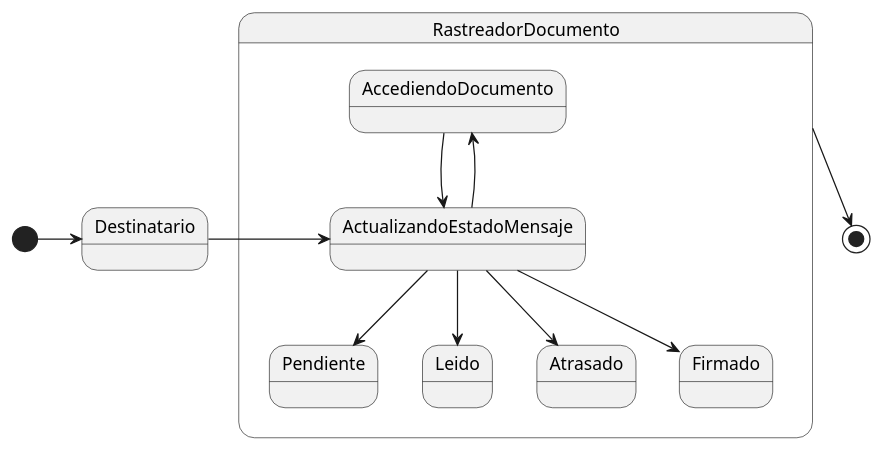
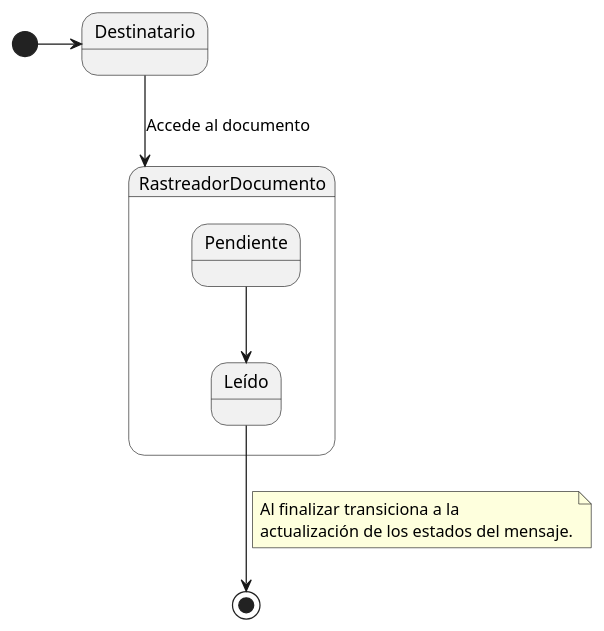
The diagram in docs/modeloDeDominio/diagramaDeEstados/TerceraIteracion/Rastreador documento/diagrama_de_estado_rastreador_documento.puml (mmasias/24-25-IdSw1-SDR), drawn with PlantUML before and after one commit. The commit also changed 1 other file, not shown here.

Commit message:
Actualiza diagrama de estado del rastreador de documentos para incluir transiciones y estados adicionales

```diff
--- a/docs/modeloDeDominio/diagramaDeEstados/TerceraIteracion/Rastreador documento/diagrama_de_estado_rastreador_documento.puml
+++ b/docs/modeloDeDominio/diagramaDeEstados/TerceraIteracion/Rastreador documento/diagrama_de_estado_rastreador_documento.puml
@@ -1,21 +1,25 @@
 @startuml
 
 state Destinatario
 state startDestinatario  <<start>>
 startDestinatario -r-> Destinatario
+Destinatario --> RastreadorDocumento : Accede al documento
 
 state RastreadorDocumento {
-  
-  ActualizandoEstadoMensaje --> AccediendoDocumento
-  AccediendoDocumento -r-> ActualizandoEstadoMensaje
-  
-  ActualizandoEstadoMensaje --> Pendiente
-  ActualizandoEstadoMensaje --> Leido
-  ActualizandoEstadoMensaje --> Atrasado
-  ActualizandoEstadoMensaje --> Firmado
+
+state Pendiente
+
+state Leído 
+
 }
 
-Destinatario -r-> ActualizandoEstadoMensaje
+Pendiente --> Leído
 
-RastreadorDocumento --> [*]
+Leído --> [*]
+
+note on link
+Al finalizar transiciona a la 
+actualización de los estados del mensaje.
+end note
+
 @enduml
```
